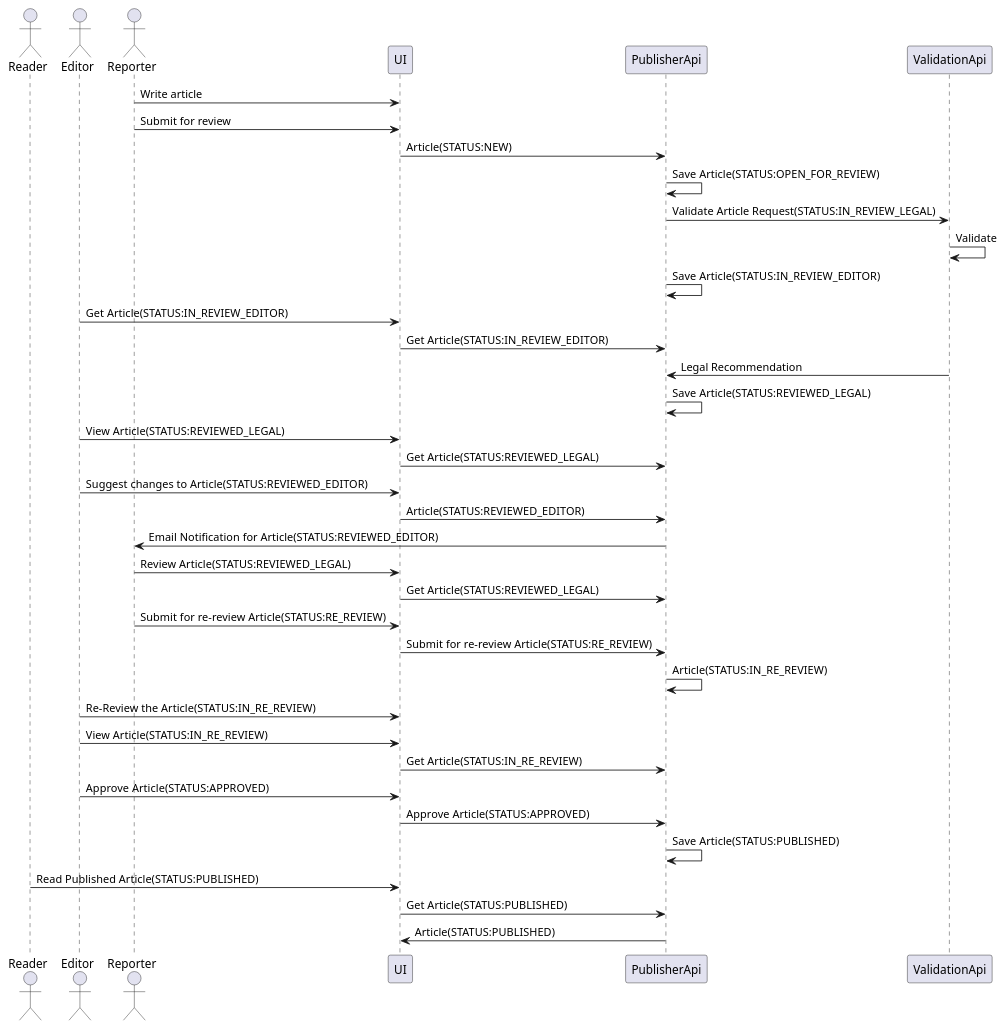
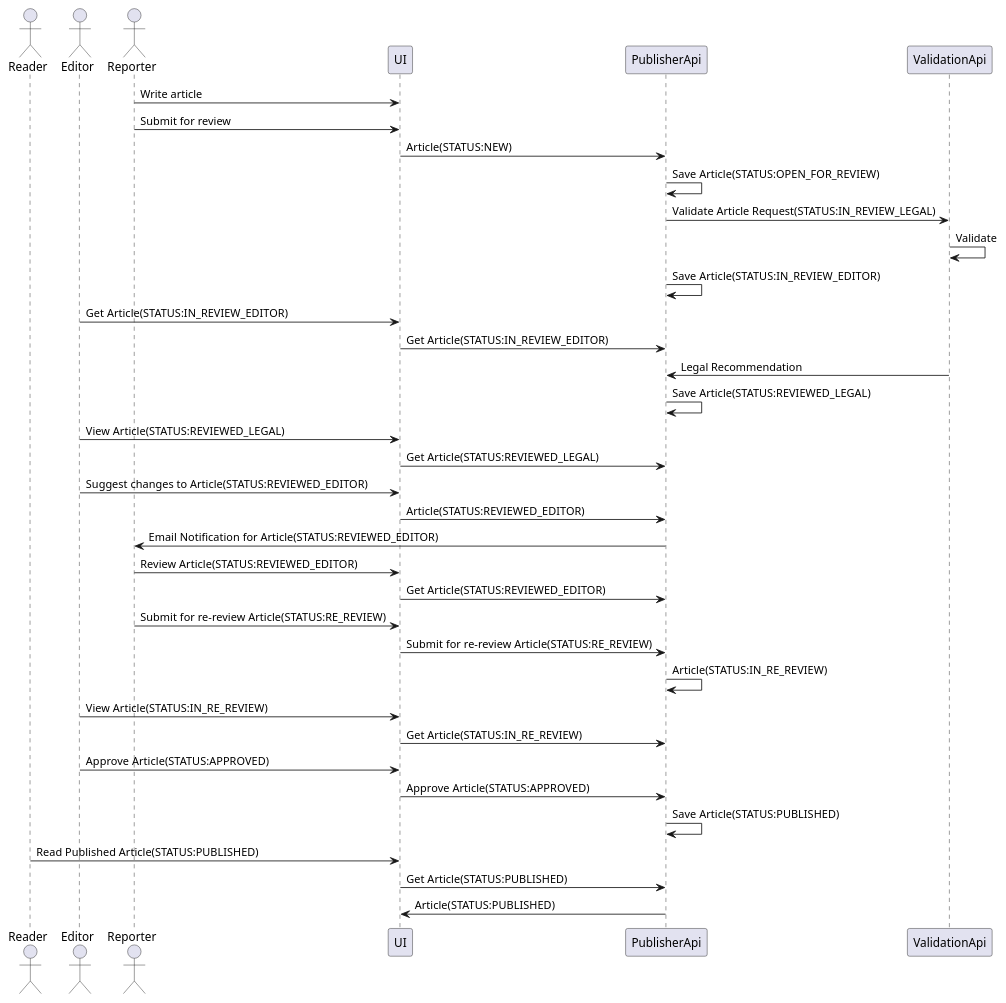
The diagram in news-publisher-review-sequence.puml (chintanKalkura/news-publisher-service), drawn with PlantUML before and after one commit. The commit also changed 12 other files, not shown here.

```diff
--- a/news-publisher-review-sequence.puml
+++ b/news-publisher-review-sequence.puml
@@ -2,39 +2,38 @@
 @startuml
 'Changes suggested flow.
 actor Reader
 actor Editor
 actor Reporter
 participant UI
 participant PublisherApi
 participant ValidationApi
 Reporter -> UI: Write article
 Reporter -> UI: Submit for review
 UI -> PublisherApi: Article(STATUS:NEW)
 PublisherApi -> PublisherApi: Save Article(STATUS:OPEN_FOR_REVIEW)
 PublisherApi -> ValidationApi: Validate Article Request(STATUS:IN_REVIEW_LEGAL)
 ValidationApi -> ValidationApi: Validate
 PublisherApi -> PublisherApi: Save Article(STATUS:IN_REVIEW_EDITOR)
 Editor -> UI: Get Article(STATUS:IN_REVIEW_EDITOR)
 UI -> PublisherApi: Get Article(STATUS:IN_REVIEW_EDITOR)
 ValidationApi -> PublisherApi: Legal Recommendation
 PublisherApi -> PublisherApi: Save Article(STATUS:REVIEWED_LEGAL)
 Editor -> UI:View Article(STATUS:REVIEWED_LEGAL)
 UI -> PublisherApi: Get Article(STATUS:REVIEWED_LEGAL)
 Editor -> UI: Suggest changes to Article(STATUS:REVIEWED_EDITOR)
 UI -> PublisherApi: Article(STATUS:REVIEWED_EDITOR)
 PublisherApi -> Reporter: Email Notification for Article(STATUS:REVIEWED_EDITOR)
-Reporter -> UI: Review Article(STATUS:REVIEWED_LEGAL)
-UI -> PublisherApi: Get Article(STATUS:REVIEWED_LEGAL)
+Reporter -> UI: Review Article(STATUS:REVIEWED_EDITOR)
+UI -> PublisherApi: Get Article(STATUS:REVIEWED_EDITOR)
 Reporter -> UI: Submit for re-review Article(STATUS:RE_REVIEW)
 UI -> PublisherApi: Submit for re-review Article(STATUS:RE_REVIEW)
 PublisherApi -> PublisherApi : Article(STATUS:IN_RE_REVIEW)
-Editor -> UI : Re-Review the Article(STATUS:IN_RE_REVIEW)
 Editor -> UI:View Article(STATUS:IN_RE_REVIEW)
 UI -> PublisherApi: Get Article(STATUS:IN_RE_REVIEW)
 Editor -> UI: Approve Article(STATUS:APPROVED)
 UI -> PublisherApi: Approve Article(STATUS:APPROVED)
 PublisherApi -> PublisherApi: Save Article(STATUS:PUBLISHED)
 Reader -> UI: Read Published Article(STATUS:PUBLISHED)
 UI -> PublisherApi: Get Article(STATUS:PUBLISHED)
 PublisherApi -> UI: Article(STATUS:PUBLISHED)
 @enduml
```
